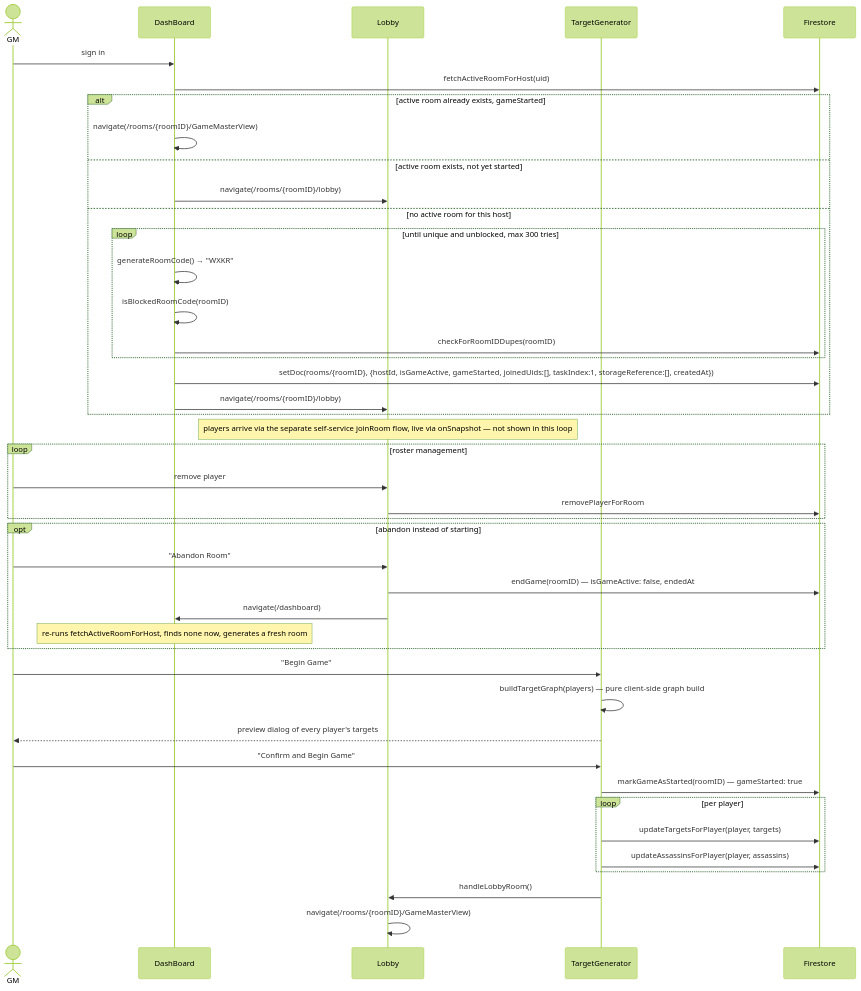
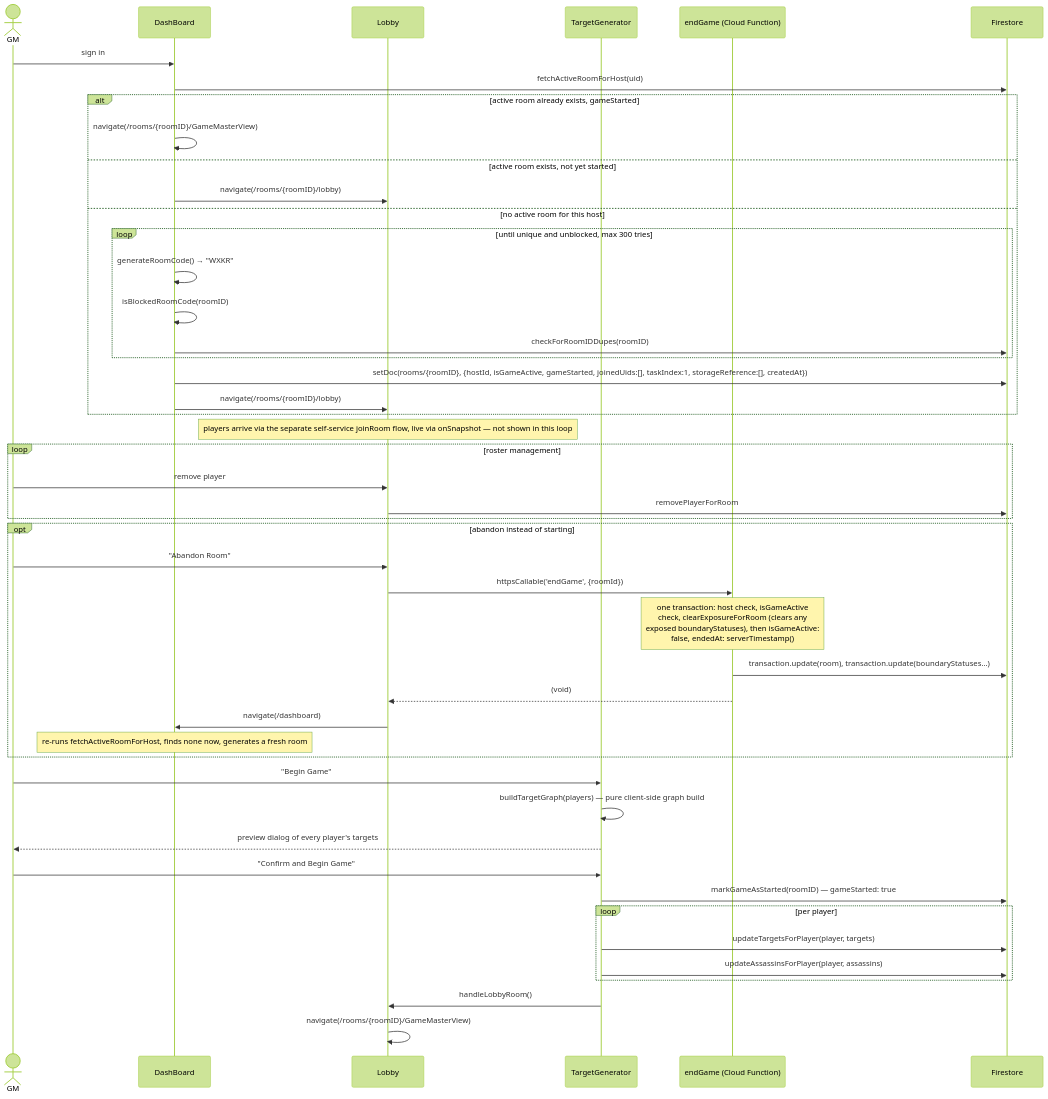
One commit to zoeychenrui/mall-mystery-heroes changed the first of 6 diagrams in docs/game-flows.md. Above: the diagram before and after it, drawn with Mermaid (forest theme). The commit also changed other lines of this file and 5 other files, not shown here.

````diff
--- a/docs/game-flows.md
+++ b/docs/game-flows.md
@@ -13,49 +13,53 @@
 ```mermaid
 sequenceDiagram
     actor GM
     participant DB as DashBoard
     participant Lobby
     participant TG as TargetGenerator
+    participant EG as endGame (Cloud Function)
     participant FS as Firestore
 
     GM->>DB: sign in
     DB->>FS: fetchActiveRoomForHost(uid)
     alt active room already exists, gameStarted
         DB->>DB: navigate(/rooms/{roomID}/GameMasterView)
     else active room exists, not yet started
         DB->>Lobby: navigate(/rooms/{roomID}/lobby)
     else no active room for this host
         loop until unique and unblocked, max 300 tries
             DB->>DB: generateRoomCode() → "WXKR"
             DB->>DB: isBlockedRoomCode(roomID)
             DB->>FS: checkForRoomIDDupes(roomID)
         end
         DB->>FS: setDoc(rooms/{roomID}, {hostId, isGameActive, gameStarted, joinedUids:[], taskIndex:1, storageReference:[], createdAt})
         DB->>Lobby: navigate(/rooms/{roomID}/lobby)
     end
 
     Note over Lobby: players arrive via the separate self-service joinRoom flow, live via onSnapshot — not shown in this loop
     loop roster management
         GM->>Lobby: remove player
         Lobby->>FS: removePlayerForRoom
     end
 
     opt abandon instead of starting
         GM->>Lobby: "Abandon Room"
-        Lobby->>FS: endGame(roomID) — isGameActive: false, endedAt
+        Lobby->>EG: httpsCallable('endGame', {roomId})
+        Note over EG: one transaction: host check, isGameActive<br/>check, clearExposureForRoom (clears any<br/>exposed boundaryStatuses), then isGameActive:<br/>false, endedAt: serverTimestamp()
+        EG->>FS: transaction.update(room), transaction.update(boundaryStatuses...)
+        EG-->>Lobby: (void)
         Lobby->>DB: navigate(/dashboard)
         Note over DB: re-runs fetchActiveRoomForHost, finds none now, generates a fresh room
     end
 
     GM->>TG: "Begin Game"
     TG->>TG: buildTargetGraph(players) — pure client-side graph build
     TG-->>GM: preview dialog of every player's targets
     GM->>TG: "Confirm and Begin Game"
     TG->>FS: markGameAsStarted(roomID) — gameStarted: true
     loop per player
         TG->>FS: updateTargetsForPlayer(player, targets)
         TG->>FS: updateAssassinsForPlayer(player, assassins)
     end
     TG->>Lobby: handleLobbyRoom()
     Lobby->>Lobby: navigate(/rooms/{roomID}/GameMasterView)
 ```
````
